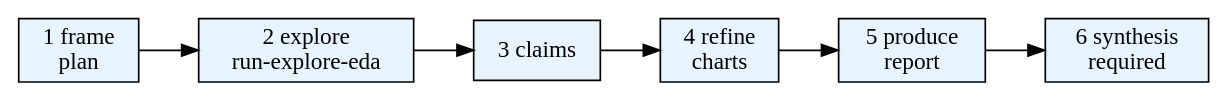
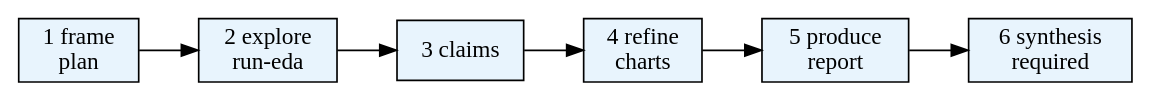
One commit to miaoqijun/AgentSociety changed the diagram in extension/skills/agentsociety-analysis/v1.0.0/SKILL.md. Above: the diagram before and after it, drawn with Graphviz. The commit also changed other lines of this file and 391 other files, not shown here.

````diff
--- a/extension/skills/agentsociety-analysis/v1.0.0/SKILL.md
+++ b/extension/skills/agentsociety-analysis/v1.0.0/SKILL.md
@@ -110,14 +106,14 @@
 ```dot
 digraph analysis_flow {
     rankdir=LR;
     node [shape=box, style=filled, fillcolor="#E8F4FD"];
     frame [label="1 frame\nplan"];
-    explore [label="2 explore\nrun-explore-eda"];
+    explore [label="2 explore\nrun-eda"];
     claims [label="3 claims"];
     refine [label="4 refine\ncharts"];
     produce [label="5 produce\nreport"];
     synth [label="6 synthesis\nrequired"];
 
     frame -> explore -> claims -> refine -> produce -> synth;
 }
 ```
````
